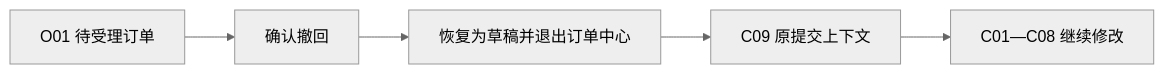
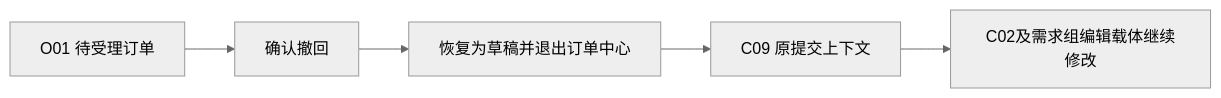
The ninth of 19 diagrams in modules/APP-手术通知/03-设计池/02-手术通知APP页面流程-v0.5.md (Jimokov/orthoflow-erp), drawn with Mermaid (neutral theme) before and after one commit. The commit also changed other lines of this file and 13 other files, not shown here.

````diff
--- a/modules/APP-手术通知/03-设计池/02-手术通知APP页面流程-v0.5.md
+++ b/modules/APP-手术通知/03-设计池/02-手术通知APP页面流程-v0.5.md
@@ -271,7 +268,7 @@
 ```mermaid
 flowchart LR
     O01["O01 待受理订单"] --> CONFIRM["确认撤回"]
     CONFIRM --> DRAFT["恢复为草稿并退出订单中心"]
     DRAFT --> C09["C09 原提交上下文"]
-    C09 --> EDIT["C01—C08 继续修改"]
+    C09 --> EDIT["C02及需求组编辑载体继续修改"]
 ```
````
